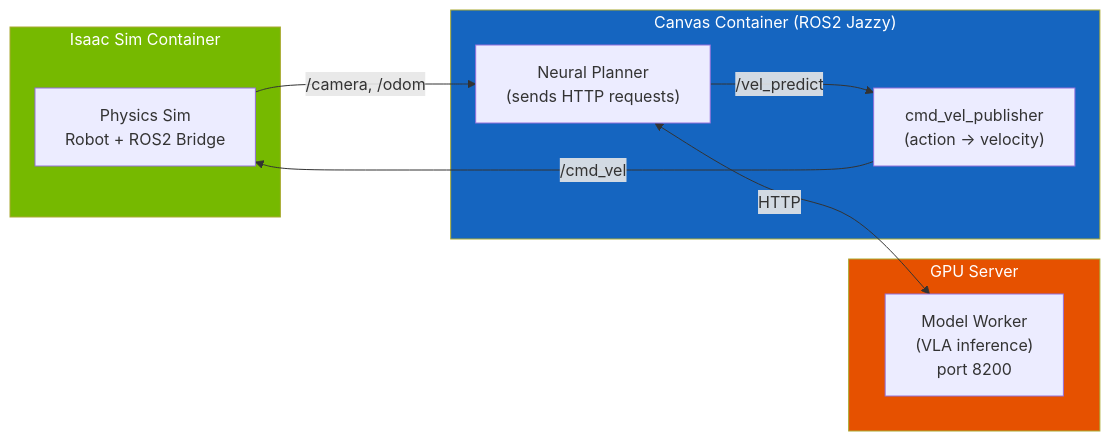
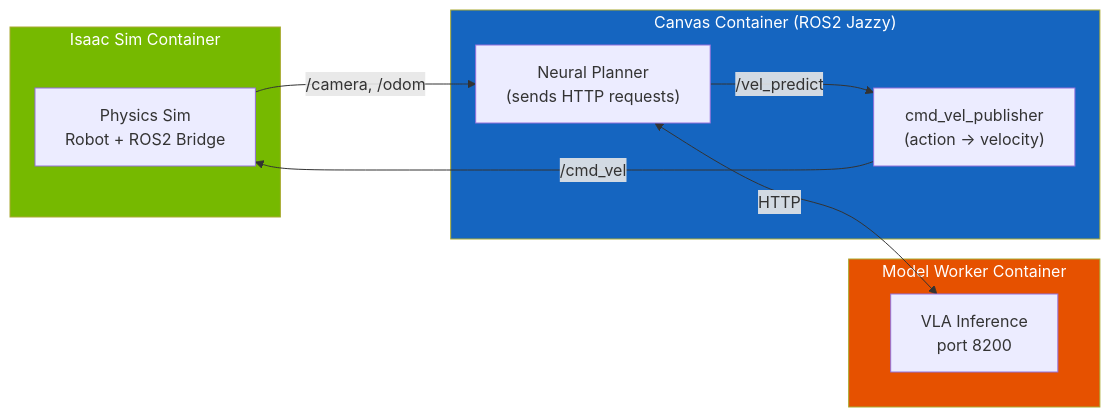
One commit to worv-ai/CostNav changed the second of 2 diagrams in docs/baselines.md. Above: the diagram before and after it, drawn with Mermaid. The commit also changed other lines of this file and 6 other files, not shown here.

First line of the commit message:
feat: integrate Canvas model worker into make run-canvas

````diff
--- a/docs/baselines.md
+++ b/docs/baselines.md
@@ -48,24 +48,24 @@
 ```mermaid
 graph LR
     subgraph Isaac["Isaac Sim Container"]
         SIM["Physics Sim\nRobot + ROS2 Bridge"]
     end
 
     subgraph Canvas["Canvas Container (ROS2 Jazzy)"]
         NP["Neural Planner\n(sends HTTP requests)"]
         CV["cmd_vel_publisher\n(action → velocity)"]
         NP -->|/vel_predict| CV
     end
 
-    subgraph GPU["GPU Server"]
-        MW["Model Worker\n(VLA inference)\nport 8200"]
+    subgraph MW["Model Worker Container"]
+        MWS["VLA Inference\nport 8200"]
     end
 
     SIM -->|"/camera, /odom"| NP
-    NP <-->|HTTP| MW
+    NP <-->|HTTP| MWS
     CV -->|/cmd_vel| SIM
 
     style Isaac fill:#76B900,color:#fff
     style Canvas fill:#1565c0,color:#fff
-    style GPU fill:#e65100,color:#fff
+    style MW fill:#e65100,color:#fff
 ```
````
